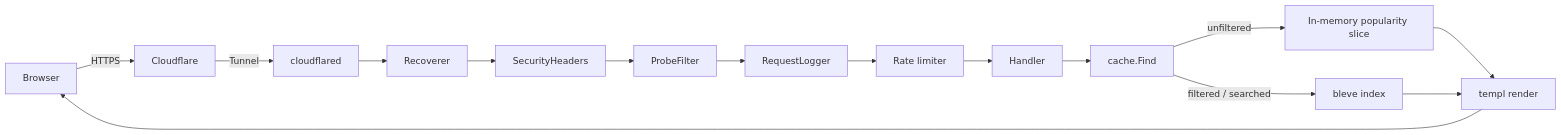
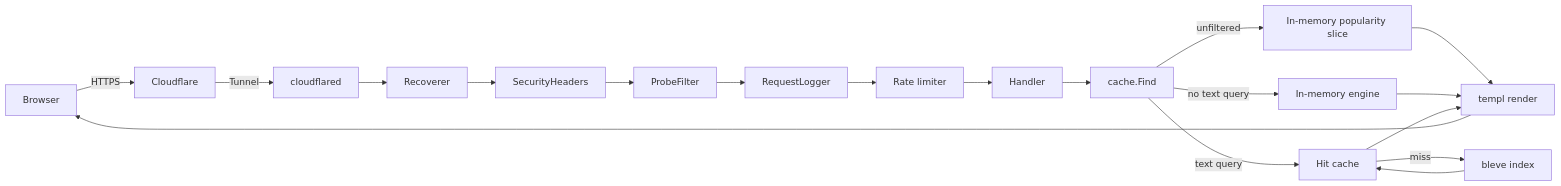
One commit to SkilledAlpaca/itchgrep changed the first of 2 diagrams in docs/architecture.md. Above: the diagram before and after it, drawn with Mermaid. The commit also changed other lines of this file and 4 other files, not shown here.

First line of the commit message:
Document the in-memory engine, hit cache, and page caching

````diff
--- a/docs/architecture.md
+++ b/docs/architecture.md
@@ -79,17 +84,21 @@
 ```mermaid
 flowchart LR
     Browser -->|HTTPS| CF[Cloudflare]
     CF -->|Tunnel| CFD[cloudflared]
     CFD --> MW1[Recoverer]
     MW1 --> MW2[SecurityHeaders]
     MW2 --> MW3[ProbeFilter]
     MW3 --> MW4[RequestLogger]
     MW4 --> RL[Rate limiter]
     RL --> H[Handler]
     H --> Cache[cache.Find]
     Cache -->|unfiltered| Slice[In-memory popularity slice]
-    Cache -->|filtered / searched| Bleve[bleve index]
+    Cache -->|no text query| Engine[In-memory engine]
+    Cache -->|text query| Hits[Hit cache]
+    Hits -->|miss| Bleve[bleve index]
     Slice --> T[templ render]
-    Bleve --> T
+    Engine --> T
+    Hits --> T
+    Bleve --> Hits
     T --> Browser
 ```
````
